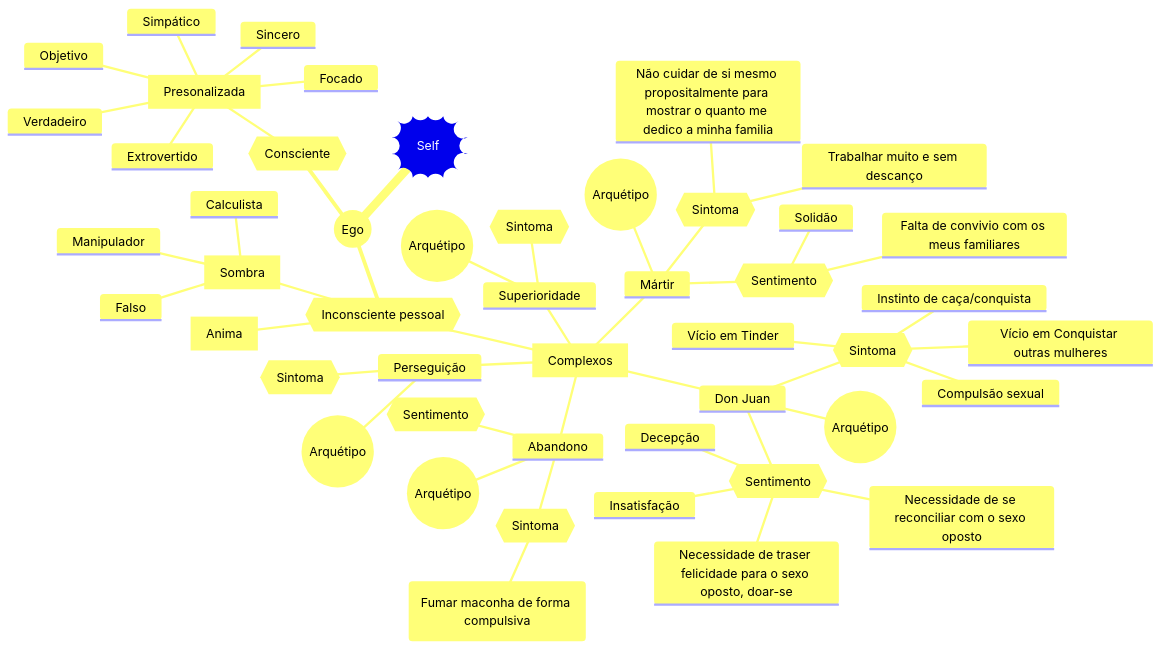
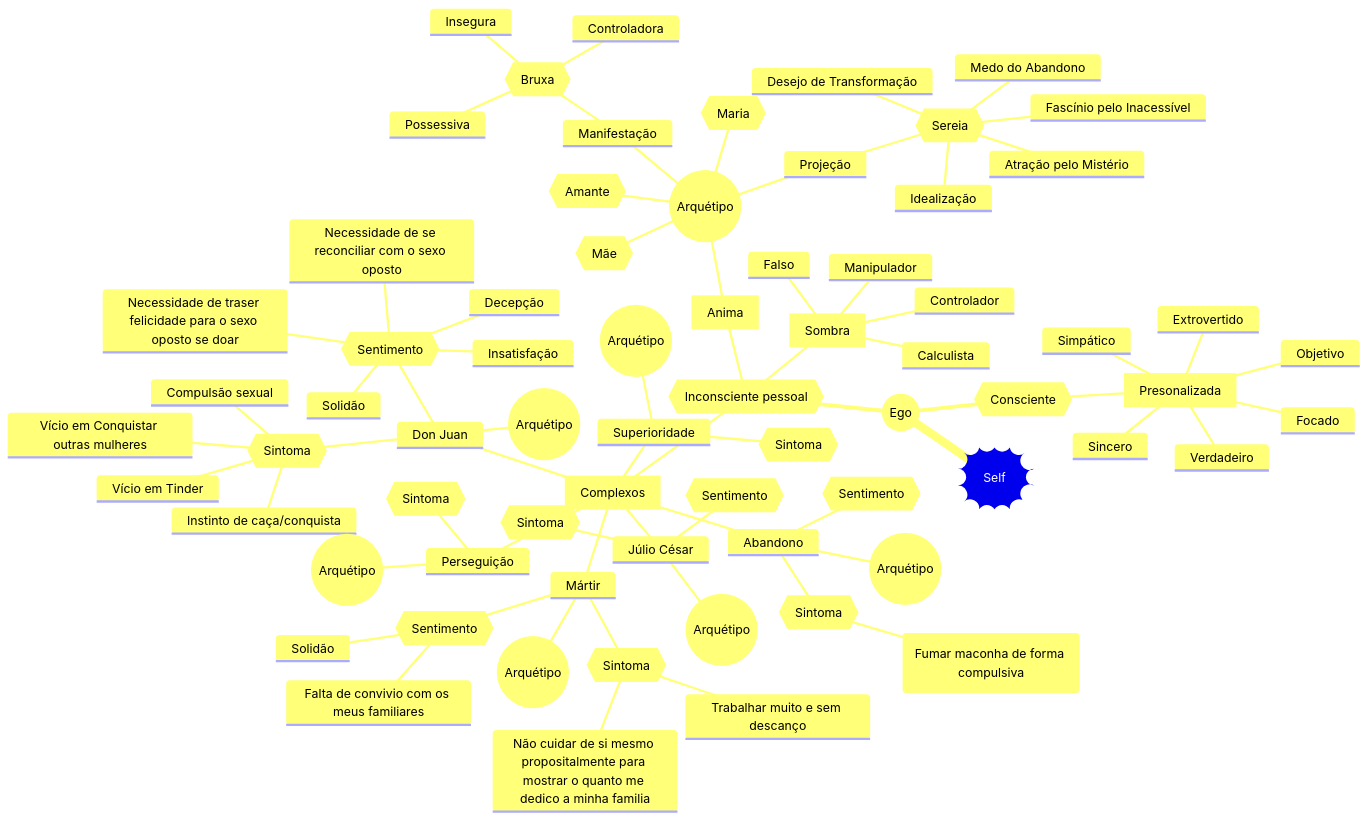
Before and after one commit to GovindaSystems/SoulPrint: the diagram in SoulMap.md, drawn with Mermaid. The commit also changed 2 other files, not shown here.

````diff
--- a/SoulMap.md
+++ b/SoulMap.md
@@ -5,56 +5,81 @@
 ```mermaid
 mindmap
   root))Self((
     ::icon(fa fa-person)
     ((Ego))
+    :::urgent large
         {{Consciente}}
             [Presonalizada]
             ::icon(fa fa-theater-masks)
                 Simpático
                 Extrovertido
                 Focado
                 Objetivo
                 Sincero
                 Verdadeiro
         {{Inconsciente pessoal}}
             [Complexos]
             ::icon(fas fa-yin-yang)
                 Abandono
                     ((Arquétipo))
                     {{Sintoma}}
                         Vício (Fumar maconha de forma compulsiva)
                     {{Sentimento}}
                 Mártir
                     ((Arquétipo))
                     {{Sintoma}}
                         Trabalhar muito e sem descanço
                         Não cuidar de si mesmo propositalmente para mostrar o quanto me dedico a minha familia
                     {{Sentimento}}
                         Solidão
                         Falta de convivio com os meus familiares
+                Júlio César
+                    ((Arquétipo))
+                    {{Sintoma}}
+                    {{Sentimento}}
                 Don Juan
                     ((Arquétipo))
                     {{Sintoma}}
                         Vício em Tinder
                         Vício em Conquistar outras mulheres
                         Instinto de caça/conquista
                         Compulsão sexual
                     {{Sentimento}}
                         Insatisfação
                         Decepção
+                        Solidão
                         Necessidade de se reconciliar com o sexo oposto
-                        Necessidade de traser felicidade para o sexo oposto, doar-se
+                        Necessidade de traser felicidade para o sexo oposto se doar
                 Superioridade
                     ((Arquétipo))
                     {{Sintoma}}
                 Perseguição
                     ((Arquétipo))
                     {{Sintoma}}
             [Anima]
-            ::icon(fas fa-female)
+            ::icon(fas fa-venus)
+                 ((Arquétipo))
+                    Manifestação
+                        {{Bruxa}}
+                            Insegura
+                            Possessiva
+                            Controladora
+                    Projeção
+                        {{Sereia}}
+                            Atração pelo Mistério
+                            Fascínio pelo Inacessível
+                            Medo do Abandono
+                            Idealização
+                            Desejo de Transformação 
+                    {{Maria}}
+                        ::icon(fas fa-star)
+                    {{Mãe}}
+                    {{Amante}}
             [Sombra]
             ::icon(fa fa-skull)
                 Falso
                 Manipulador
                 Calculista
+                Controlador
+                
 ```
````
